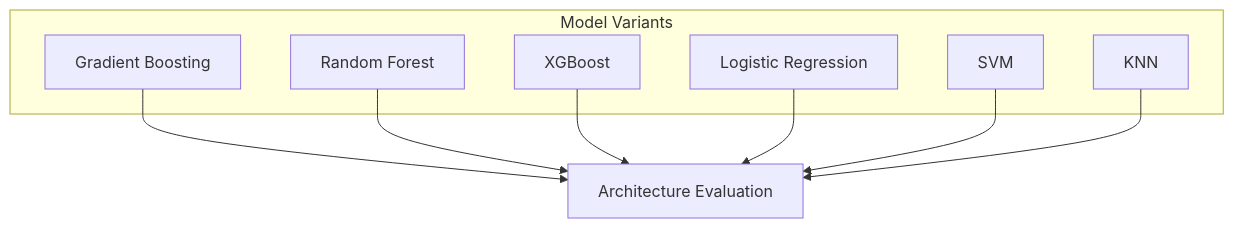
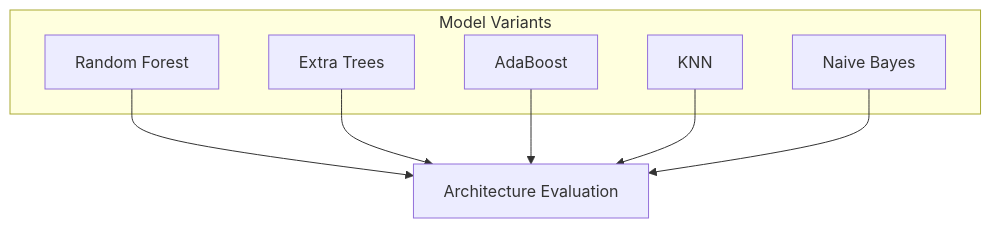
One commit to Evintkoo/2048-ml changed the third of 4 diagrams in plans/05-Model/02-Training/03-model-architecture.md. Above: the diagram before and after it, drawn with Mermaid. The commit also changed other lines of this file and 67 other files, not shown here.

````diff
--- a/plans/05-Model/02-Training/03-model-architecture.md
+++ b/plans/05-Model/02-Training/03-model-architecture.md
@@ -67,20 +67,18 @@
 ```mermaid
 flowchart TB
     subgraph "Model Variants"
-        A[Gradient Boosting]
         B[Random Forest]
-        D[XGBoost]
-        E[Logistic Regression]
-        F[SVM]
-        G[KNN]
+        C[Extra Trees]
+        D[AdaBoost]
+        E[KNN]
+        F[Naive Bayes]
     end
     
-    A --> Evaluation
     B --> Evaluation
+    C --> Evaluation
     D --> Evaluation
     E --> Evaluation
     F --> Evaluation
-    G --> Evaluation
     
     Evaluation[Architecture Evaluation]
 ```
````
